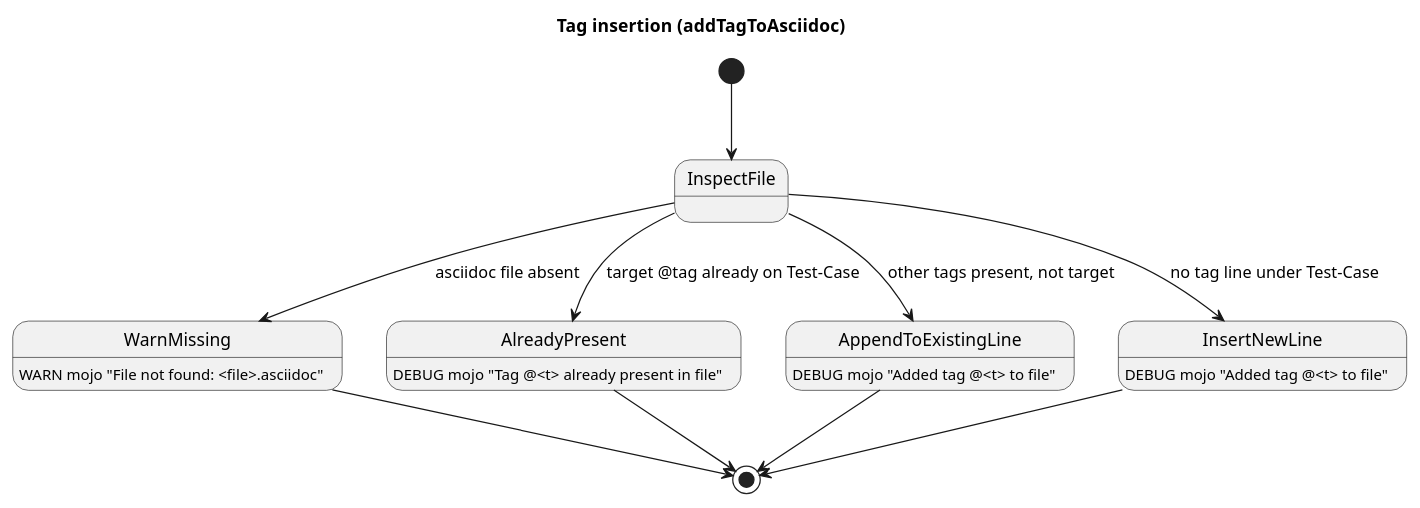
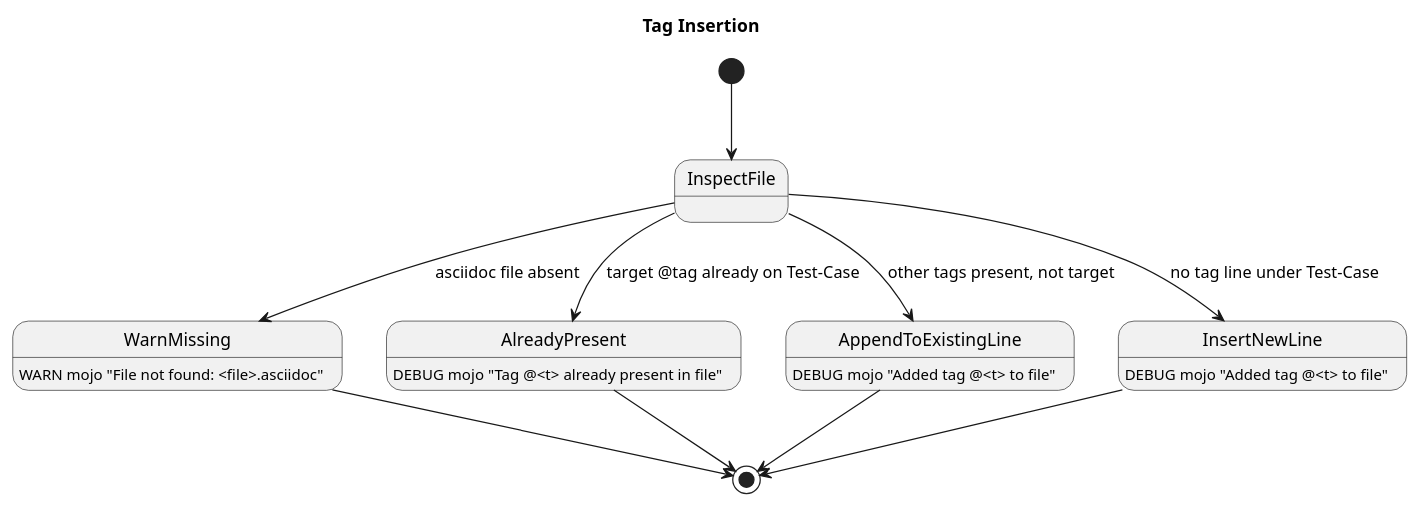
One commit to farhan5248/sheep-dog-qa changed the fifth of 11 diagrams in sheep-dog-features/src/test/resources/asciidoc/specs/Darmok/model.md. Above: the diagram before and after it, drawn with PlantUML. The commit also changed other lines of this file and 17 other files, not shown here.

````diff
--- a/sheep-dog-features/src/test/resources/asciidoc/specs/Darmok/model.md
+++ b/sheep-dog-features/src/test/resources/asciidoc/specs/Darmok/model.md
@@ -141,22 +160,22 @@
 ```plantuml
 @startuml
-title Tag insertion (addTagToAsciidoc)
+title Tag Insertion
 
 [*] --> InspectFile
-InspectFile --> WarnMissing        : asciidoc file absent
-InspectFile --> AlreadyPresent     : target @tag already on Test-Case
+InspectFile --> WarnMissing          : asciidoc file absent
+InspectFile --> AlreadyPresent       : target @tag already on Test-Case
 InspectFile --> AppendToExistingLine : other tags present, not target
-InspectFile --> InsertNewLine      : no tag line under Test-Case
+InspectFile --> InsertNewLine        : no tag line under Test-Case
 
-WarnMissing         : WARN mojo "File not found: <file>.asciidoc"
-AlreadyPresent      : DEBUG mojo "Tag @<t> already present in file"
+WarnMissing          : WARN mojo "File not found: <file>.asciidoc"
+AlreadyPresent       : DEBUG mojo "Tag @<t> already present in file"
 AppendToExistingLine : DEBUG mojo "Added tag @<t> to file"
-InsertNewLine       : DEBUG mojo "Added tag @<t> to file"
+InsertNewLine        : DEBUG mojo "Added tag @<t> to file"
 
-WarnMissing        --> [*]
-AlreadyPresent     --> [*]
+WarnMissing          --> [*]
+AlreadyPresent       --> [*]
 AppendToExistingLine --> [*]
-InsertNewLine      --> [*]
+InsertNewLine        --> [*]
 
 @enduml
 ```
````
